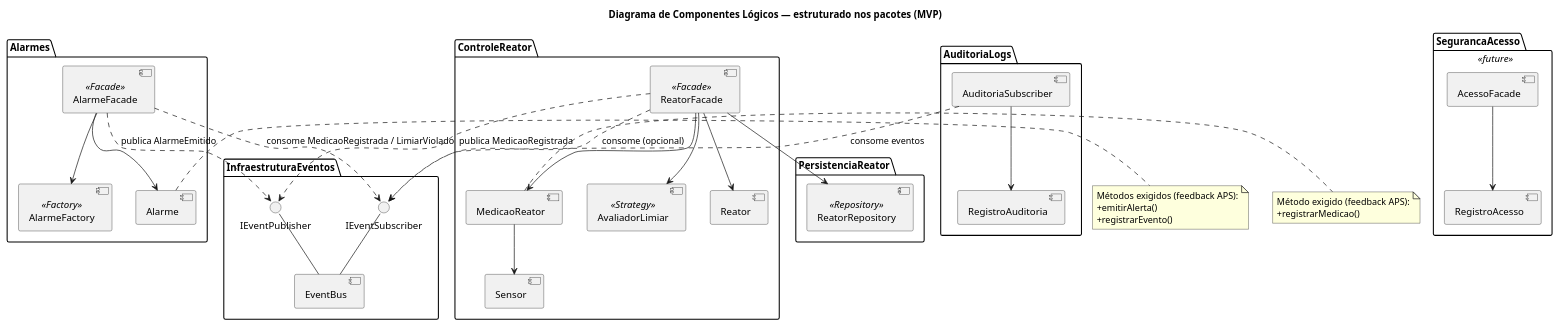
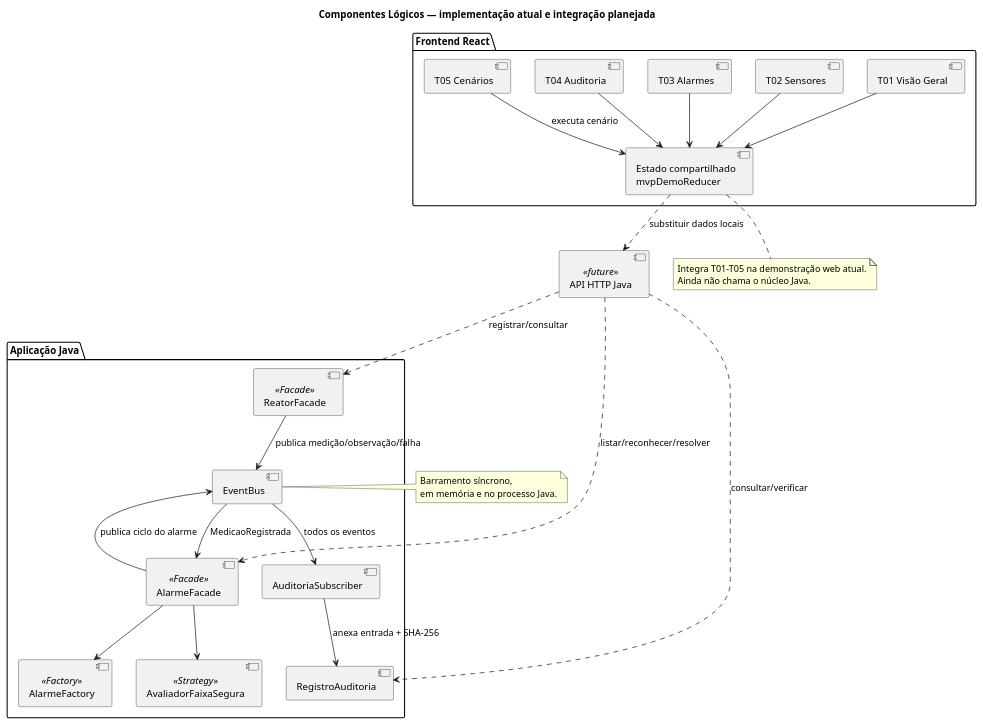
One commit to rlampago22/RP-IV changed the diagram in docs/marco1/diagramas/componentes-logicos.puml. Above: the diagram before and after it, drawn with PlantUML. The commit also changed 36 other files, not shown here.

Commit message:
docs: substituir Mermaid por UML e alinhar arquitetura

```diff
--- a/docs/marco1/diagramas/componentes-logicos.puml
+++ b/docs/marco1/diagramas/componentes-logicos.puml
@@ -1,67 +1,55 @@
 @startuml componentes-logicos-mvp
-title Diagrama de Componentes Lógicos — estruturado nos pacotes (MVP)
+title Componentes Lógicos — implementação atual e integração planejada
 skinparam componentStyle uml2
 skinparam shadowing false
 
-package "InfraestruturaEventos" {
-  component [EventBus] as Bus
-  interface "IEventPublisher" as Pub
-  interface "IEventSubscriber" as Sub
-  Bus -up- Pub
-  Bus -up- Sub
+package "Frontend React" {
+  component "T01 Visão Geral" as T01
+  component "T02 Sensores" as T02
+  component "T03 Alarmes" as T03
+  component "T04 Auditoria" as T04
+  component "T05 Cenários" as T05
+  component "Estado compartilhado\nmvpDemoReducer" as Estado
+
+  T01 --> Estado
+  T02 --> Estado
+  T03 --> Estado
+  T04 --> Estado
+  T05 --> Estado : executa cenário
 }
 
-package "ControleReator" {
-  component [ReatorFacade] as RF <<Facade>>
-  component [AvaliadorLimiar] as AL <<Strategy>>
-  component [Reator] as R
-  component [Sensor] as S
-  component [MedicaoReator] as MR
-  RF --> AL
-  RF --> R
-  RF --> MR
-  MR --> S
-  RF ..> Pub : publica MedicaoRegistrada
-  RF ..> Sub : consome (opcional)
+package "Aplicação Java" {
+  component "ReatorFacade" as RF <<Facade>>
+  component "AlarmeFacade" as AF <<Facade>>
+  component "AvaliadorFaixaSegura" as Aval <<Strategy>>
+  component "AlarmeFactory" as Factory <<Factory>>
+  component "EventBus" as Bus
+  component "AuditoriaSubscriber" as Aud
+  component "RegistroAuditoria" as Reg
+
+  RF --> Bus : publica medição/observação/falha
+  Bus --> AF : MedicaoRegistrada
+  AF --> Aval
+  AF --> Factory
+  AF --> Bus : publica ciclo do alarme
+  Bus --> Aud : todos os eventos
+  Aud --> Reg : anexa entrada + SHA-256
 }
 
-package "Alarmes" {
-  component [AlarmeFacade] as AF <<Facade>>
-  component [Alarme] as A
-  component [AlarmeFactory] as AFact <<Factory>>
-  AF --> A
-  AF --> AFact
-  AF ..> Pub : publica AlarmeEmitido
-  AF ..> Sub : consome MedicaoRegistrada / LimiarViolado
-}
+component "API HTTP Java" as Api <<future>>
+Estado ..> Api : substituir dados locais
+Api ..> RF : registrar/consultar
+Api ..> AF : listar/reconhecer/resolver
+Api ..> Reg : consultar/verificar
 
-package "PersistenciaReator" {
-  component [ReatorRepository] as RR <<Repository>>
-  RF --> RR
-}
-
-package "AuditoriaLogs" {
-  component [AuditoriaSubscriber] as AS
-  component [RegistroAuditoria] as RA
-  AS --> RA
-  AS ..> Sub : consome eventos
-}
-
-package "SegurancaAcesso" <<future>> {
-  component [AcessoFacade] as AcF
-  component [RegistroAcesso] as RegA
-  AcF --> RegA
-}
-
-note right of A
-  Métodos exigidos (feedback APS):
-  +emitirAlerta()
-  +registrarEvento()
+note right of Bus
+  Barramento síncrono,
+  em memória e no processo Java.
 end note
 
-note right of MR
-  Método exigido (feedback APS):
-  +registrarMedicao()
+note bottom of Estado
+  Integra T01–T05 na demonstração web atual.
+  Ainda não chama o núcleo Java.
 end note
 
 @enduml
```
